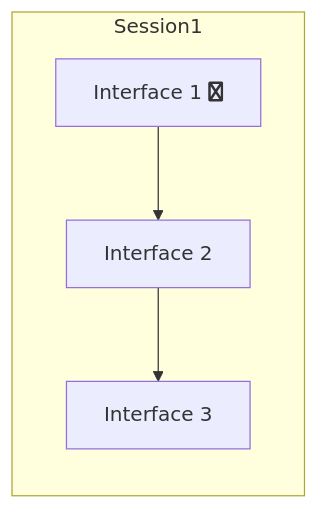
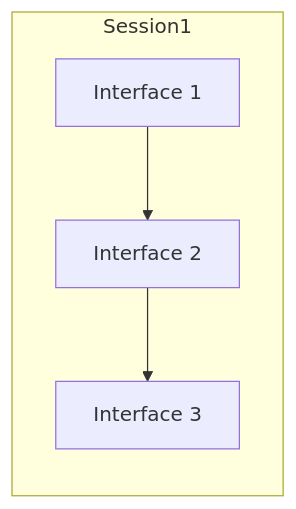
The sixth of 6 diagrams in index.md (saclab/xcap-stack-docs), drawn with Mermaid before and after one commit. The commit also changed other lines of this file, not shown here.

````diff
--- a/index.md
+++ b/index.md
@@ -134,10 +134,10 @@
 ```mermaid
 graph LR
-int1["Interface 1 fa:fa-twitter"]
+int1["Interface 1"]
 int2["Interface 2"]
 int3["Interface 3"]
 subgraph Session1
 int1 -->int2
 int2 --> int3
 end
 ```
````
